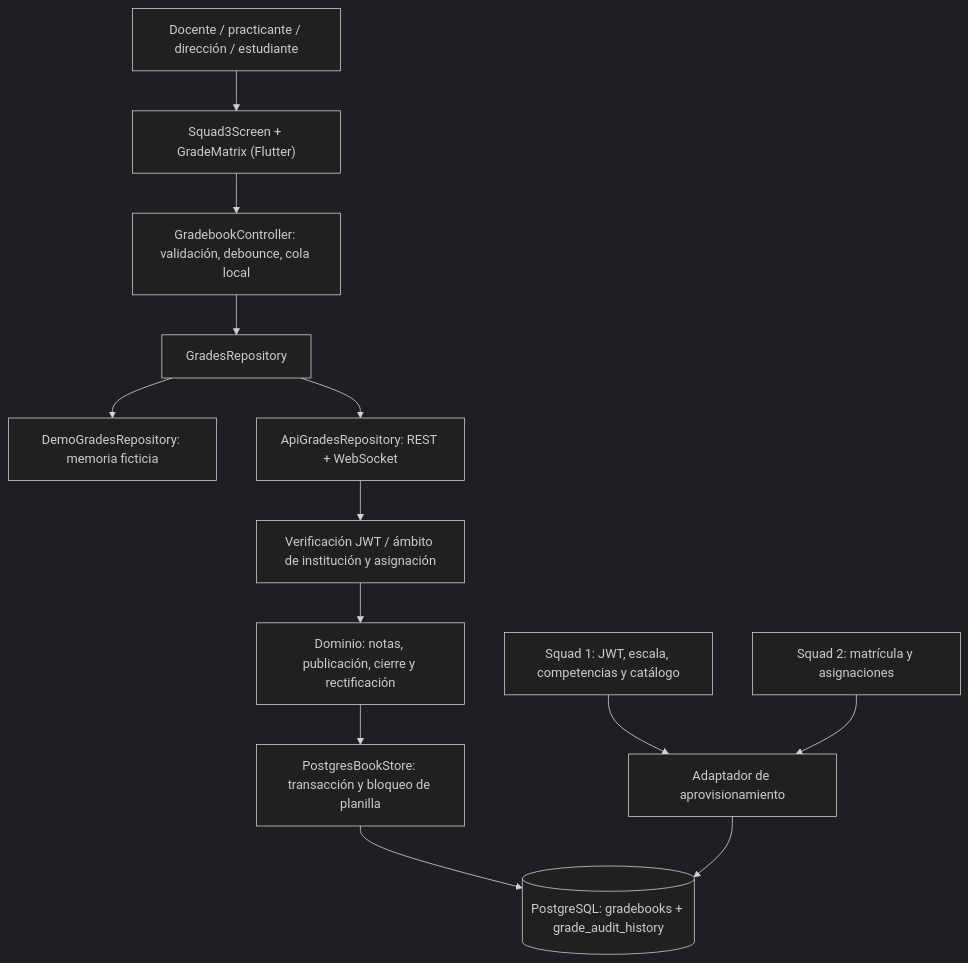
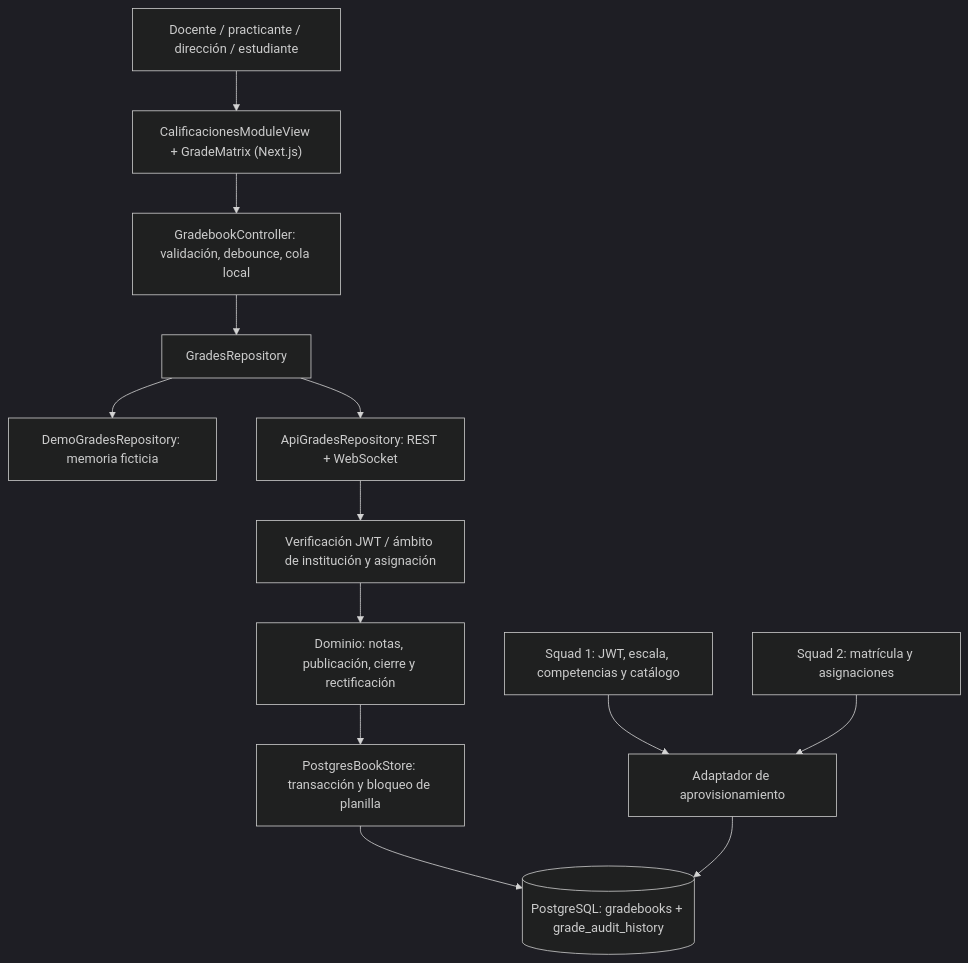
Before and after one commit to Eduardo-Sebastian-Paipay-Vega/school-management-system: the first of 4 diagrams in D - Base 1 - 01092026/Fase 2/Arquitectura/Squad 3 - Calificaciones y Modo Excel/sdd_squad_3.md, drawn with Mermaid (dark theme). The commit also changed other lines of this file and 38 other files, not shown here.

````diff
--- a/D - Base 1 - 01092026/Fase 2/Arquitectura/Squad 3 - Calificaciones y Modo Excel/sdd_squad_3.md
+++ b/D - Base 1 - 01092026/Fase 2/Arquitectura/Squad 3 - Calificaciones y Modo Excel/sdd_squad_3.md
@@ -40,15 +40,15 @@
 ```mermaid
 flowchart TD
-    Docente["Docente / practicante / dirección / estudiante"] --> UI["Squad3Screen + GradeMatrix (Flutter)"]
+    Docente["Docente / practicante / dirección / estudiante"] --> UI["CalificacionesModuleView + GradeMatrix (Next.js)"]
     UI --> Controller["GradebookController: validación, debounce, cola local"]
     Controller --> Repo["GradesRepository"]
     Repo --> Demo["DemoGradesRepository: memoria ficticia"]
     Repo --> API["ApiGradesRepository: REST + WebSocket"]
     API --> Auth["Verificación JWT / ámbito de institución y asignación"]
     Auth --> Domain["Dominio: notas, publicación, cierre y rectificación"]
     Domain --> Store["PostgresBookStore: transacción y bloqueo de planilla"]
     Store --> DB[("PostgreSQL: gradebooks + grade_audit_history")]
     S1["Squad 1: JWT, escala, competencias y catálogo"] --> Provision["Adaptador de aprovisionamiento"]
     S2["Squad 2: matrícula y asignaciones"] --> Provision
     Provision --> DB
 ```
````
